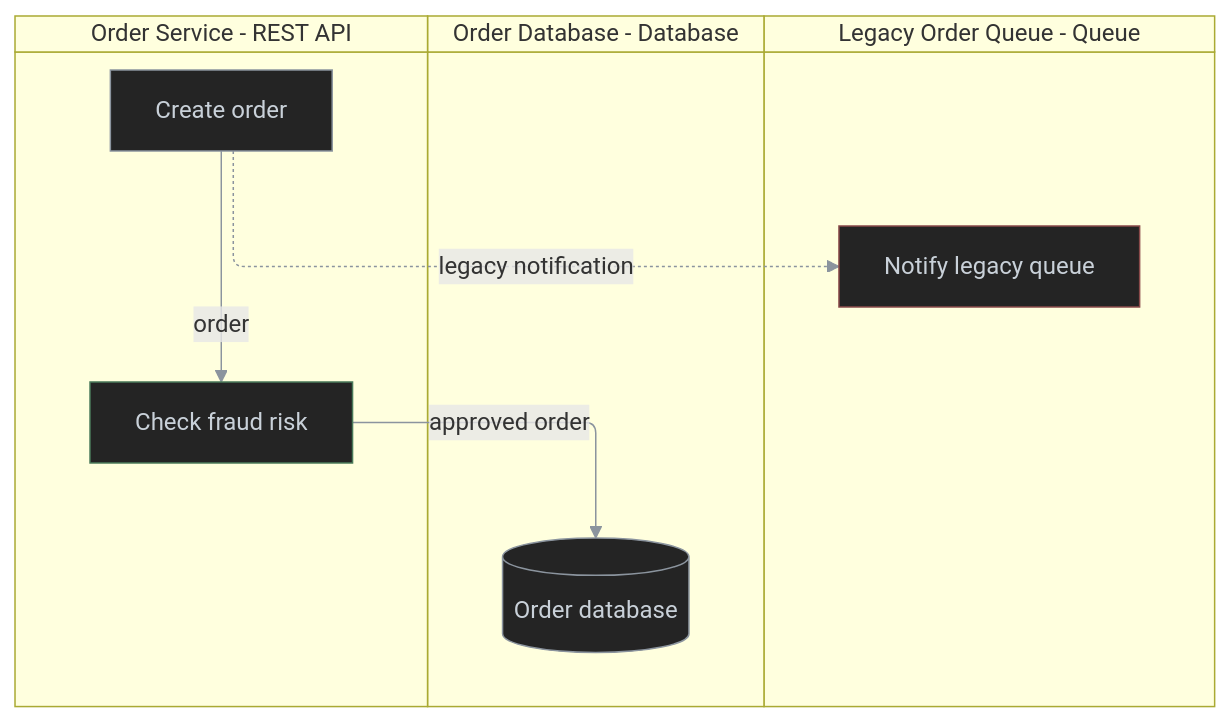
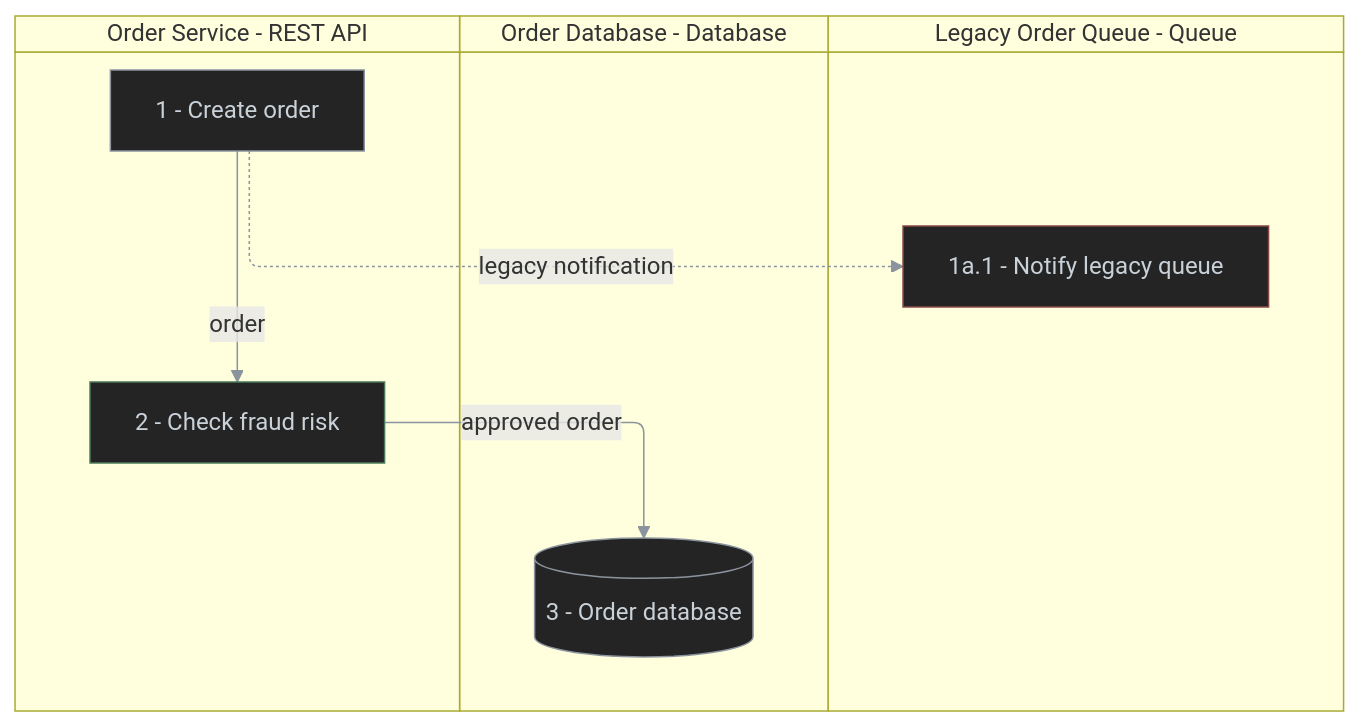
The sixth of 8 diagrams in plugins/wf/skills/doc-behavior-diagram/README.md (antshc/brain), drawn with Mermaid before and after one commit. The commit also changed other lines of this file, not shown here.

Commit message:
Update behavior diagram examples with hierarchical step numbering for clarity

````diff
--- a/plugins/wf/skills/doc-behavior-diagram/README.md
+++ b/plugins/wf/skills/doc-behavior-diagram/README.md
@@ -183,30 +186,30 @@
 ```mermaid
 %%{init: {'themeVariables': {'lineColor': '#8b949e'}}}%%
 %% diagram-id: order-fulfillment-swimlane-delta
 swimlane-beta TB
   accTitle: Order fulfillment responsibility changes
   accDescr: Adds fraud validation before persistence and removes the legacy queue handoff.
 
   subgraph restApi [Order Service - REST API]
-    createOrder[Create order]
-    fraudCheck[Check fraud risk]
+    createOrder[1 - Create order]
+    fraudCheck[2 - Check fraud risk]
   end
 
   subgraph database [Order Database - Database]
-    persistOrder[(Order database)]
+    persistOrder[(3 - Order database)]
   end
 
   subgraph legacyQueue [Legacy Order Queue - Queue]
-    notifyLegacy[Notify legacy queue]
+    notifyLegacy[1a.1 - Notify legacy queue]
   end
 
   createOrder -->|order| fraudCheck
   fraudCheck -->|approved order| persistOrder
   createOrder -.->|legacy notification| notifyLegacy
 
   classDef default fill:#242424,stroke:#8b949e,color:#c9d1d9,stroke-width:1px
   classDef added stroke:#4a7a5a,stroke-width:1px
   classDef removed stroke:#8a4a4a,stroke-width:1px
   class fraudCheck added
   class notifyLegacy removed
 ```
````
